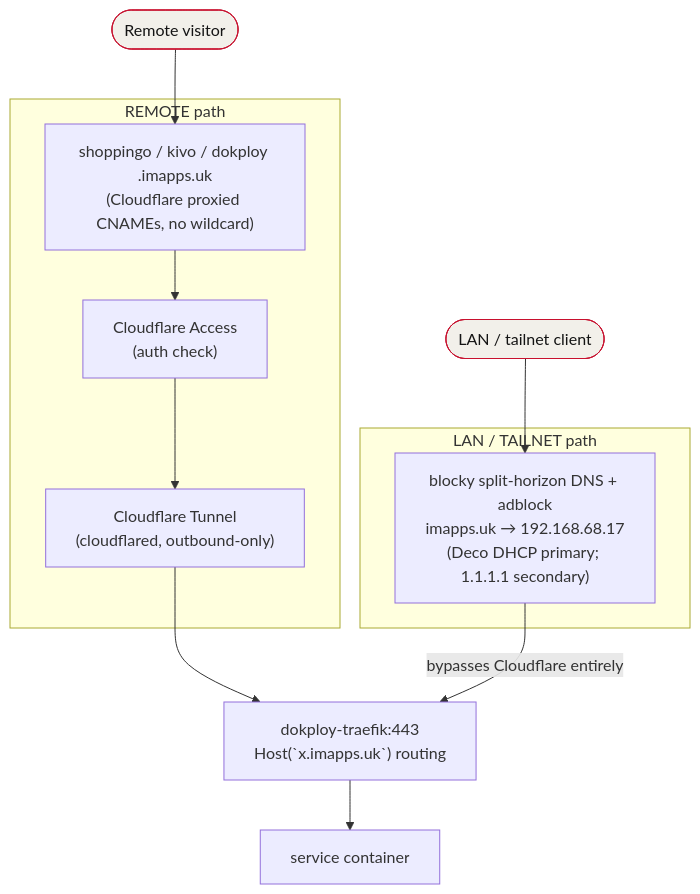
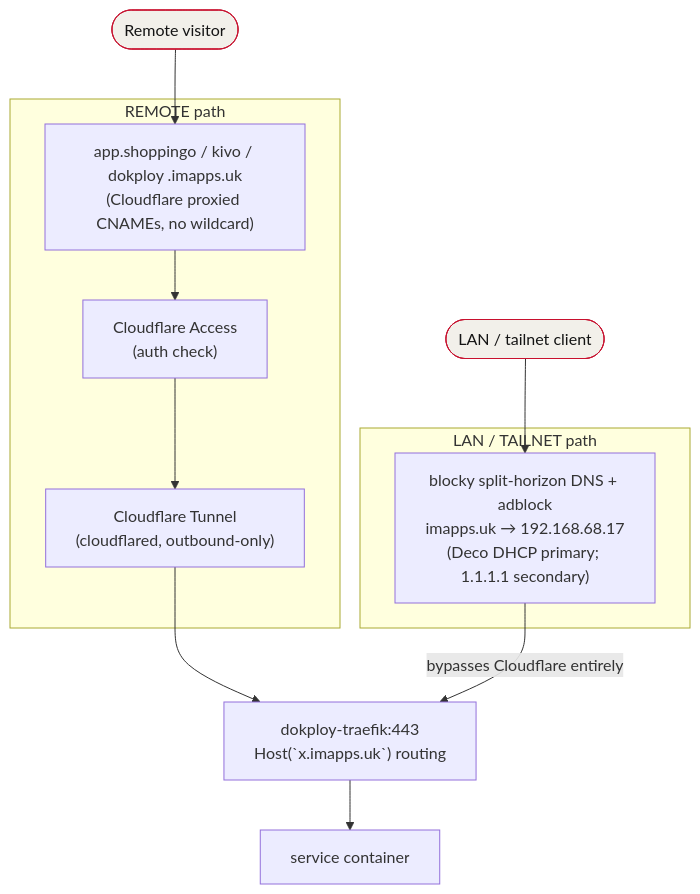
The diagram in docs/homelab.md (igor-siergiej/foundry), drawn with Mermaid before and after one commit. The commit also changed other lines of this file and 5 other files, not shown here.

First line of the commit message:
infra(dns): shoppingo app on app.shoppingo.imapps.uk, apex to the CloudFront landing site (shoppingo #82)

````diff
--- a/docs/homelab.md
+++ b/docs/homelab.md
@@ -31,24 +31,24 @@
 ```mermaid
 flowchart TB
     remoteUser([Remote visitor]):::ext
     lanUser([LAN / tailnet client]):::ext
 
     subgraph remote["REMOTE path"]
-        cfdns["shoppingo / kivo / dokploy .imapps.uk<br/>(Cloudflare proxied CNAMEs, no wildcard)"]
+        cfdns["app.shoppingo / kivo / dokploy .imapps.uk<br/>(Cloudflare proxied CNAMEs, no wildcard)"]
         access["Cloudflare Access<br/>(auth check)"]
         tunnel["Cloudflare Tunnel<br/>(cloudflared, outbound-only)"]
     end
 
     subgraph lan["LAN / TAILNET path"]
         blocky["blocky split-horizon DNS + adblock<br/>imapps.uk → 192.168.68.17<br/>(Deco DHCP primary; 1.1.1.1 secondary)"]
     end
 
     traefik["dokploy-traefik:443<br/>Host(`x.imapps.uk`) routing"]
     svc["service container"]
 
     remoteUser --> cfdns --> access --> tunnel --> traefik
     lanUser --> blocky -->|bypasses Cloudflare entirely| traefik
     traefik --> svc
 
     classDef ext fill:#f2f0ea,stroke:#c8102e,color:#141414;
 ```
````
